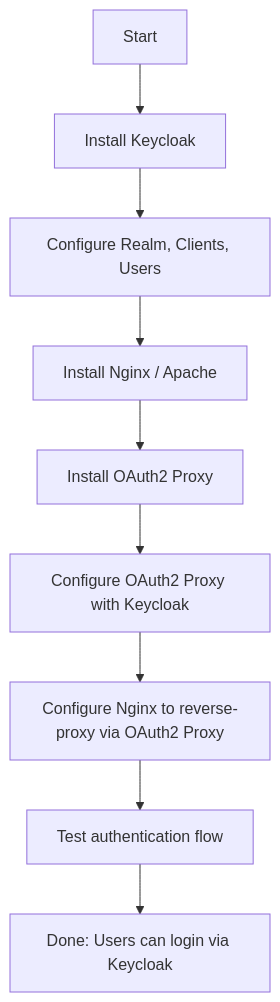
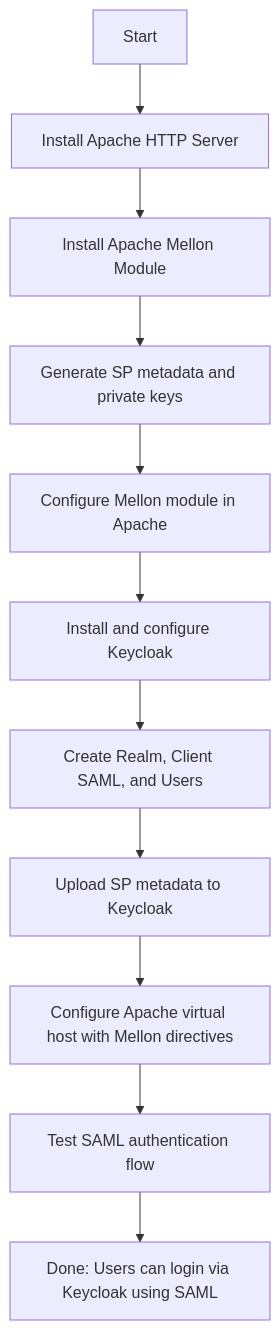
Before and after one commit to pavbjj/sso-labs: the second of 2 diagrams in openid/README.md, drawn with Mermaid.

````diff
--- a/openid/README.md
+++ b/openid/README.md
@@ -25,11 +25,14 @@
 ``` mermaid
 flowchart TD
-    A[Start] --> B[Install Keycloak]
-    B --> C[Configure Realm, Clients, Users]
-    C --> D[Install Nginx / Apache]
-    D --> E[Install OAuth2 Proxy]
-    E --> F[Configure OAuth2 Proxy with Keycloak]
-    F --> G[Configure Nginx to reverse-proxy via OAuth2 Proxy]
-    G --> H[Test authentication flow]
-    H --> I[Done: Users can login via Keycloak]
+    A[Start] --> B[Install Apache HTTP Server]
+    B --> C[Install Apache Mellon Module]
+    C --> D[Generate SP metadata and private keys]
+    D --> E[Configure Mellon module in Apache]
+    E --> F[Install and configure Keycloak]
+    F --> G[Create Realm, Client SAML, and Users]
+    G --> H[Upload SP metadata to Keycloak]
+    H --> I[Configure Apache virtual host with Mellon directives]
+    I --> J[Test SAML authentication flow]
+    J --> K[Done: Users can login via Keycloak using SAML]
+
 ```
````
